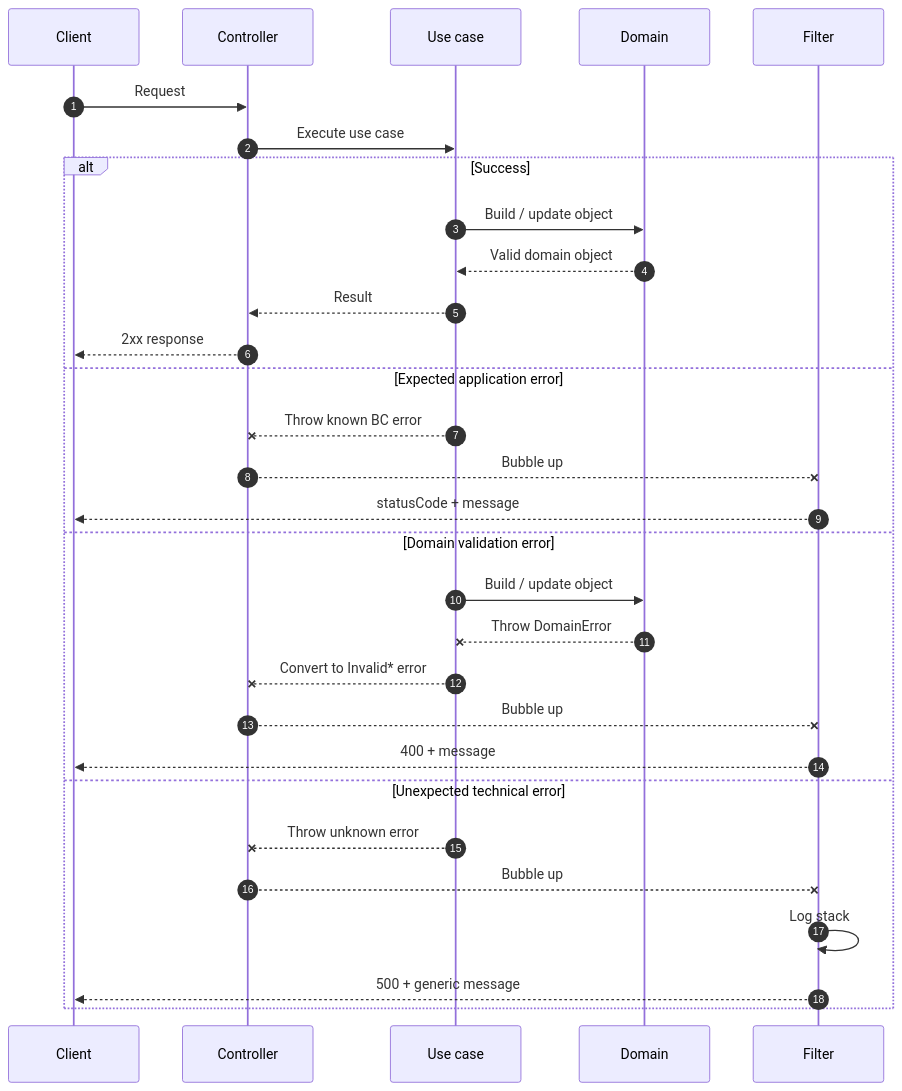
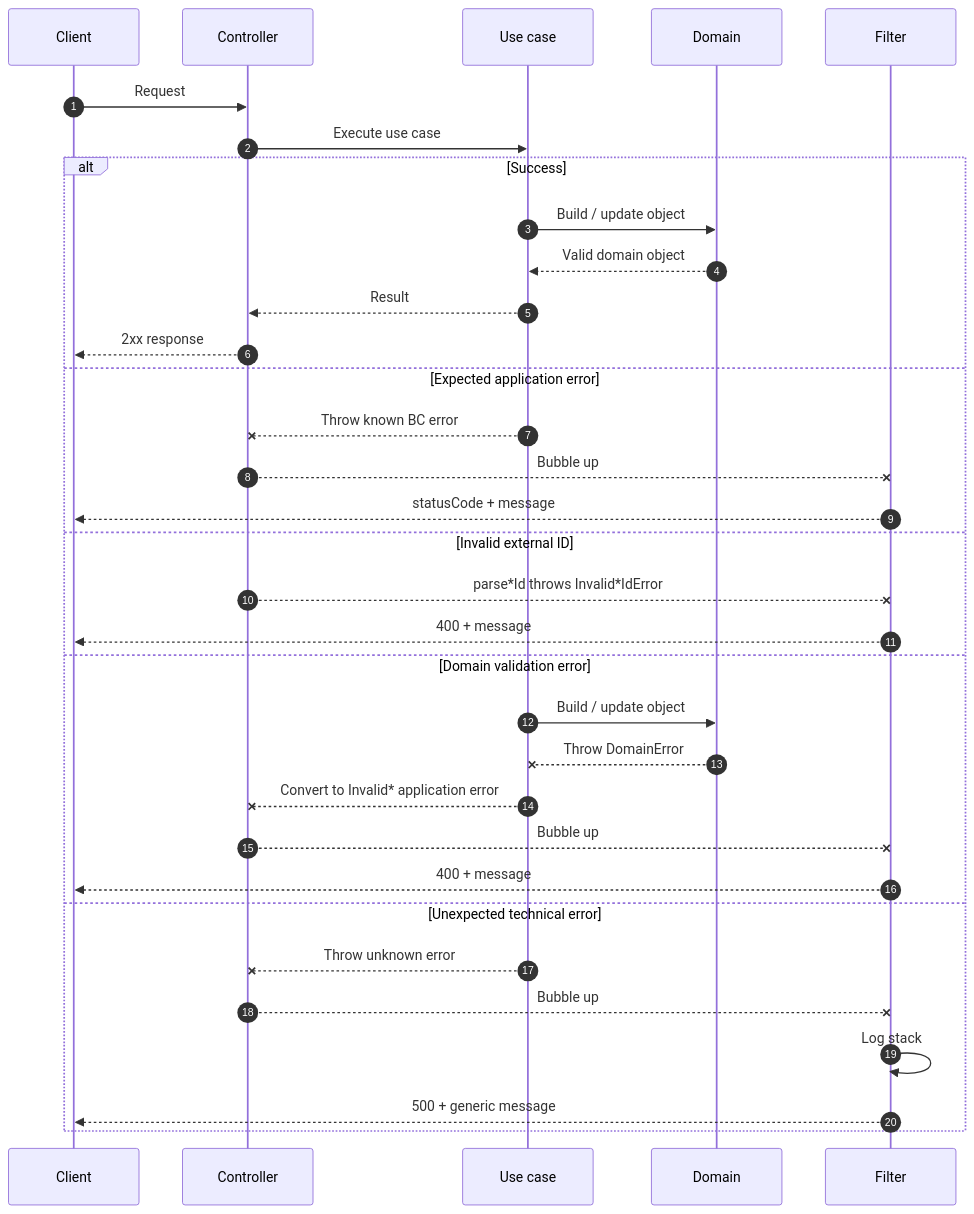
Before and after one commit to Netsbump/dropit: the first of 2 diagrams in apps/api/src/modules/athletes/docs/error.md, drawn with Mermaid. The commit also changed other lines of this file and 28 other files, not shown here.

````diff
--- a/apps/api/src/modules/athletes/docs/error.md
+++ b/apps/api/src/modules/athletes/docs/error.md
@@ -14,34 +15,37 @@
 ```mermaid
 sequenceDiagram
   autonumber
   participant Client
   participant HTTP as Controller
   participant App as Use case
   participant Domain
   participant Filter
 
   Client->>HTTP: Request
   HTTP->>App: Execute use case
 
   alt Success
     App->>Domain: Build / update object
     Domain-->>App: Valid domain object
     App-->>HTTP: Result
     HTTP-->>Client: 2xx response
   else Expected application error
     App--xHTTP: Throw known BC error
     HTTP--xFilter: Bubble up
     Filter-->>Client: statusCode + message
+  else Invalid external ID
+    HTTP--xFilter: parse*Id throws Invalid*IdError
+    Filter-->>Client: 400 + message
   else Domain validation error
     App->>Domain: Build / update object
     Domain--xApp: Throw DomainError
-    App--xHTTP: Convert to Invalid* error
+    App--xHTTP: Convert to Invalid* application error
     HTTP--xFilter: Bubble up
     Filter-->>Client: 400 + message
   else Unexpected technical error
     App--xHTTP: Throw unknown error
     HTTP--xFilter: Bubble up
     Filter->>Filter: Log stack
     Filter-->>Client: 500 + generic message
   end
 ```
````
